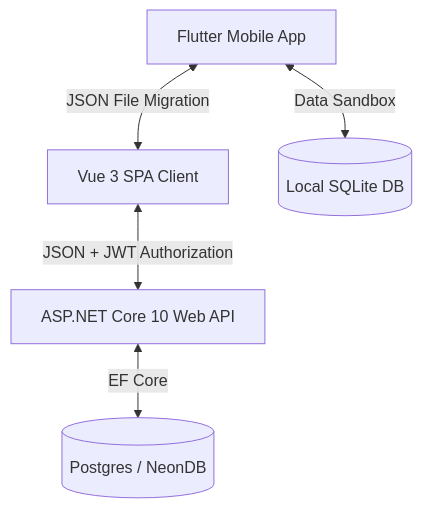
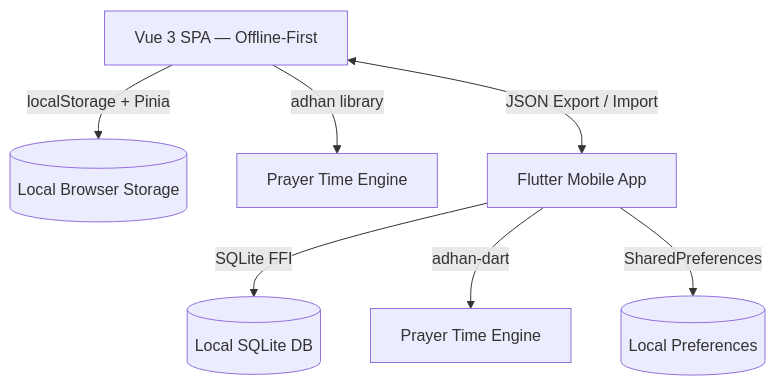
The diagram in README.md (maruf-pfc/Iqamah), drawn with Mermaid before and after one commit. The commit also changed other lines of this file and 6 other files, not shown here.

````diff
--- a/README.md
+++ b/README.md
@@ -21,7 +21,13 @@
 ```mermaid
 graph TD
-    Client[Vue 3 SPA Client] <-->|JSON + JWT Authorization| API[ASP.NET Core 10 Web API]
-    API <-->|EF Core| DB[(Postgres / NeonDB)]
-    Mobile[Flutter Mobile App] <-->|Data Sandbox| LocalDB[(Local SQLite DB)]
-    Mobile <-->|JSON File Migration| Client
+    Client[Vue 3 SPA — Offline-First]
+    Client -->|localStorage + Pinia| LocalState[(Local Browser Storage)]
+    Client -->|adhan library| SalahEngine[Prayer Time Engine]
+
+    Mobile[Flutter Mobile App]
+    Mobile -->|SQLite FFI| LocalDB[(Local SQLite DB)]
+    Mobile -->|adhan-dart| SalahEngine2[Prayer Time Engine]
+    Mobile -->|SharedPreferences| Prefs[(Local Preferences)]
+
+    Client <-->|JSON Export / Import| Mobile
 ```
````
